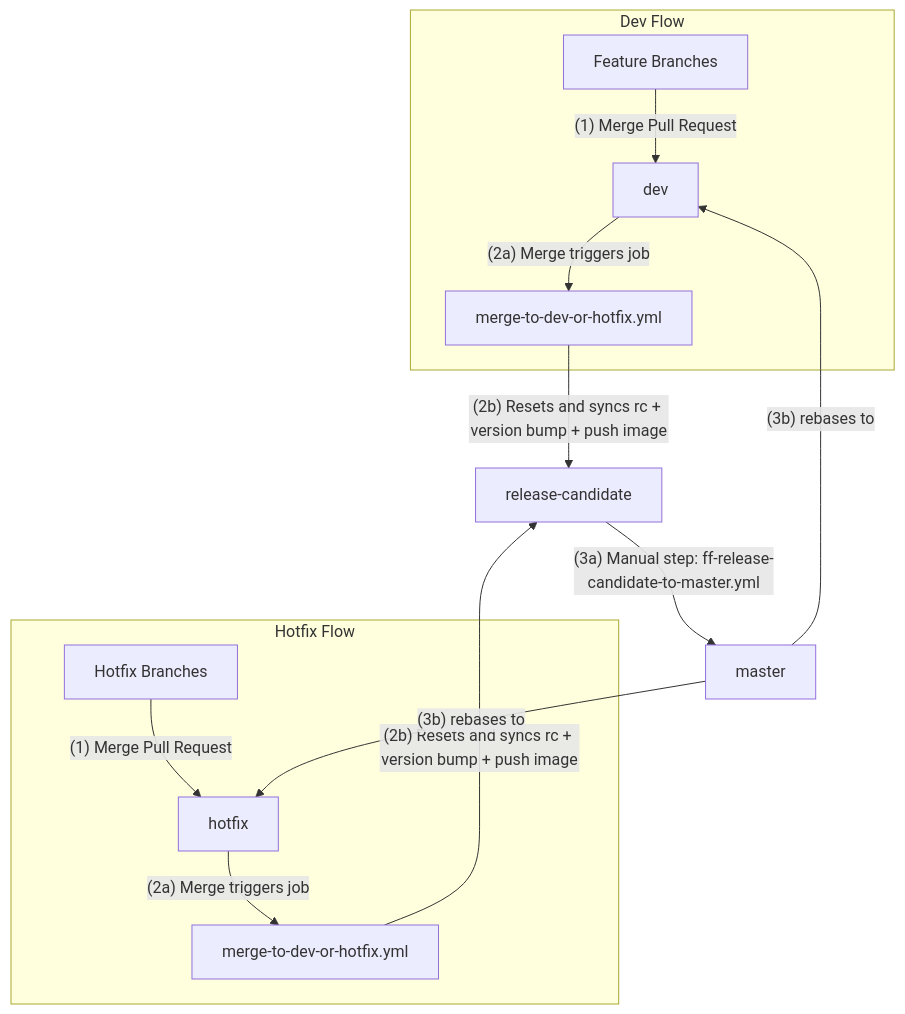
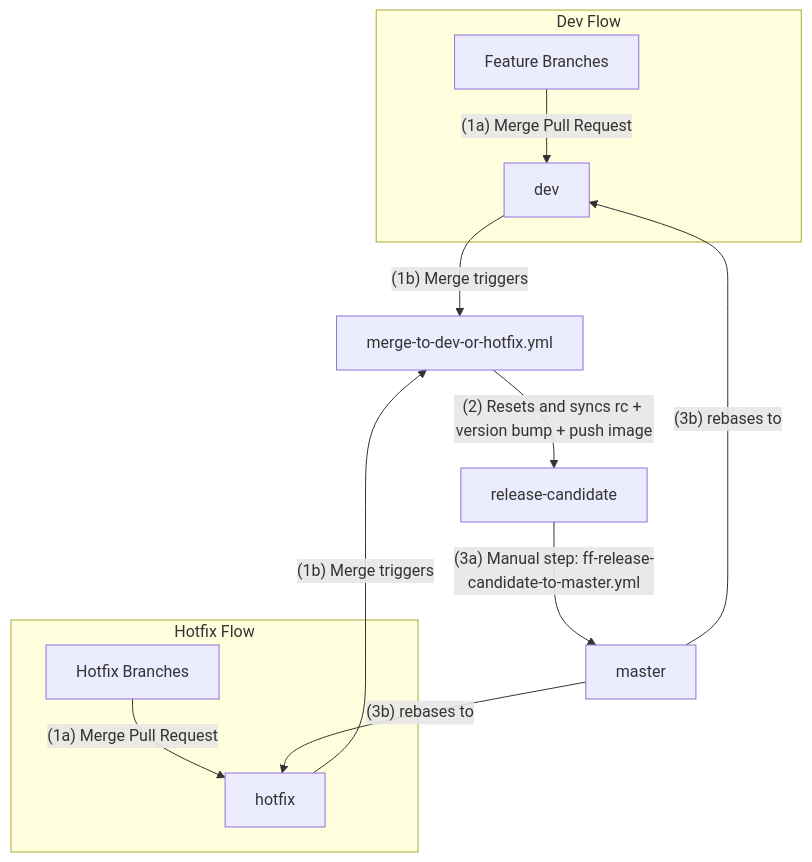
Before and after one commit to NexusMutual/workflows: the diagram in README.md, drawn with Mermaid. The commit also changed other lines of this file, not shown here.

````diff
--- a/README.md
+++ b/README.md
@@ -27,31 +27,30 @@
 ```mermaid
 flowchart TD
     %% Nodes
     A[Feature Branches]
     B[dev]
-    C_dev_merge[merge-to-dev-or-hotfix.yml]
     H[Hotfix Branches]
     G[hotfix]
-    C_hotfix_merge[merge-to-dev-or-hotfix.yml]
+    C_merge[merge-to-dev-or-hotfix.yml]
     RC[release-candidate]
     D[master]
 
     %% Dev Flow
     subgraph Dev Flow
-        A -->|"(1) Merge Pull Request"| B
-        B -->|"(2a) Merge triggers job"| C_dev_merge
+        A -->|"(1a) Merge Pull Request"| B
     end
 
     %% Hotfix Flow
     subgraph Hotfix Flow
-        H -->|"(1) Merge Pull Request"| G
-        G -->|"(2a) Merge triggers job"| C_hotfix_merge
+        H -->|"(1a) Merge Pull Request"| G
     end
 
-    C_dev_merge -->|"(2b) Resets and syncs rc + version bump + push image"| RC
-    C_hotfix_merge -->|"(2b) Resets and syncs rc + version bump + push image"| RC
+    B -->|"(1b) Merge triggers"| C_merge
+    G -->|"(1b) Merge triggers"| C_merge
+    
+    C_merge -->|"(2) Resets and syncs rc + version bump + push image"| RC
 
     RC -->|"(3a) Manual step: ff-release-candidate-to-master.yml"| D
     D -->|"(3b) rebases to"| B
     D -->|"(3b) rebases to"| G
 ```
````
